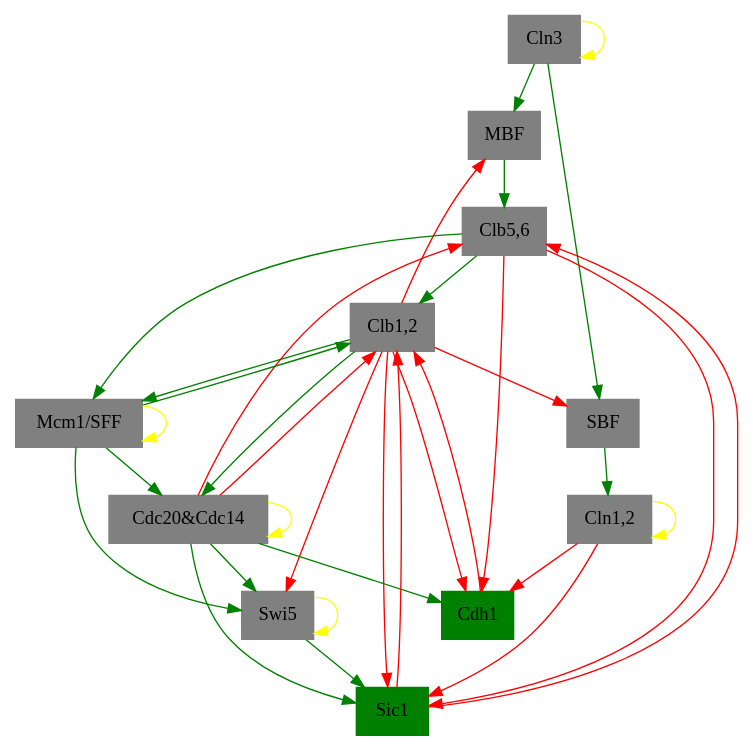
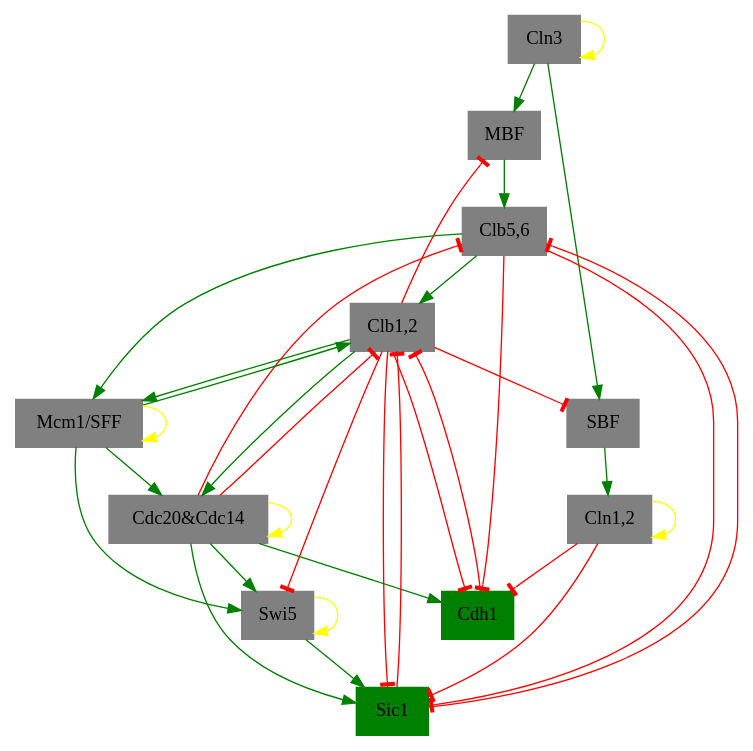
Before and after one commit to ellaqezi/cellCycle: the diagram in temporal/13.gv, drawn with Graphviz. The commit also changed 31 other files, not shown here.

```diff
--- a/temporal/13.gv
+++ b/temporal/13.gv
@@ -1,70 +1,70 @@
-digraph 00001000100  {
+digraph "00001000100"  {
 "Cln3" [shape=box, color=gray, style=filled];
-	edge [color=yellow]; 
+	edge [color=yellow, arrowhead=normal]; 
 	"Cln3" -> "Cln3";
 "MBF" [shape=box, color=gray, style=filled];
-	edge [color=green]; 
+	edge [color=green, arrowhead=normal]; 
 	"Cln3" -> "MBF";
-	edge [color=red]; 
+	edge [color=red, arrowhead=tee]; 
 	"Clb1,2" -> "MBF";
 "SBF" [shape=box, color=gray, style=filled];
-	edge [color=green]; 
+	edge [color=green, arrowhead=normal]; 
 	"Cln3" -> "SBF";
-	edge [color=red]; 
+	edge [color=red, arrowhead=tee]; 
 	"Clb1,2" -> "SBF";
 "Cln1,2" [shape=box, color=gray, style=filled];
-	edge [color=yellow]; 
+	edge [color=yellow, arrowhead=normal]; 
 	"Cln1,2" -> "Cln1,2";
-	edge [color=green]; 
+	edge [color=green, arrowhead=normal]; 
 	"SBF" -> "Cln1,2";
 "Cdh1" [shape=box, color=green, style=filled];
-	edge [color=green]; 
+	edge [color=green, arrowhead=normal]; 
 	"Cdc20&Cdc14" -> "Cdh1";
-	edge [color=red]; 
+	edge [color=red, arrowhead=tee]; 
 	"Clb1,2" -> "Cdh1";
 	"Clb5,6" -> "Cdh1";
 	"Cln1,2" -> "Cdh1";
 "Swi5" [shape=box, color=gray, style=filled];
-	edge [color=yellow]; 
+	edge [color=yellow, arrowhead=normal]; 
 	"Swi5" -> "Swi5";
-	edge [color=green]; 
+	edge [color=green, arrowhead=normal]; 
 	"Cdc20&Cdc14" -> "Swi5";
 	"Mcm1/SFF" -> "Swi5";
-	edge [color=red]; 
+	edge [color=red, arrowhead=tee]; 
 	"Clb1,2" -> "Swi5";
 "Cdc20&Cdc14" [shape=box, color=gray, style=filled];
-	edge [color=yellow]; 
+	edge [color=yellow, arrowhead=normal]; 
 	"Cdc20&Cdc14" -> "Cdc20&Cdc14";
-	edge [color=green]; 
+	edge [color=green, arrowhead=normal]; 
 	"Clb1,2" -> "Cdc20&Cdc14";
 	"Mcm1/SFF" -> "Cdc20&Cdc14";
 "Clb5,6" [shape=box, color=gray, style=filled];
-	edge [color=green]; 
+	edge [color=green, arrowhead=normal]; 
 	"MBF" -> "Clb5,6";
-	edge [color=red]; 
+	edge [color=red, arrowhead=tee]; 
 	"Cdc20&Cdc14" -> "Clb5,6";
 	"Sic1" -> "Clb5,6";
 "Sic1" [shape=box, color=green, style=filled];
-	edge [color=green]; 
+	edge [color=green, arrowhead=normal]; 
 	"Cdc20&Cdc14" -> "Sic1";
 	"Swi5" -> "Sic1";
-	edge [color=red]; 
+	edge [color=red, arrowhead=tee]; 
 	"Clb1,2" -> "Sic1";
 	"Clb5,6" -> "Sic1";
 	"Cln1,2" -> "Sic1";
 "Clb1,2" [shape=box, color=gray, style=filled];
-	edge [color=green]; 
+	edge [color=green, arrowhead=normal]; 
 	"Clb5,6" -> "Clb1,2";
 	"Mcm1/SFF" -> "Clb1,2";
-	edge [color=red]; 
+	edge [color=red, arrowhead=tee]; 
 	"Cdc20&Cdc14" -> "Clb1,2";
 	"Cdh1" -> "Clb1,2";
 	"Sic1" -> "Clb1,2";
 "Mcm1/SFF" [shape=box, color=gray, style=filled];
-	edge [color=yellow]; 
+	edge [color=yellow, arrowhead=normal]; 
 	"Mcm1/SFF" -> "Mcm1/SFF";
-	edge [color=green]; 
+	edge [color=green, arrowhead=normal]; 
 	"Clb1,2" -> "Mcm1/SFF";
 	"Clb5,6" -> "Mcm1/SFF";
 
 }
```
